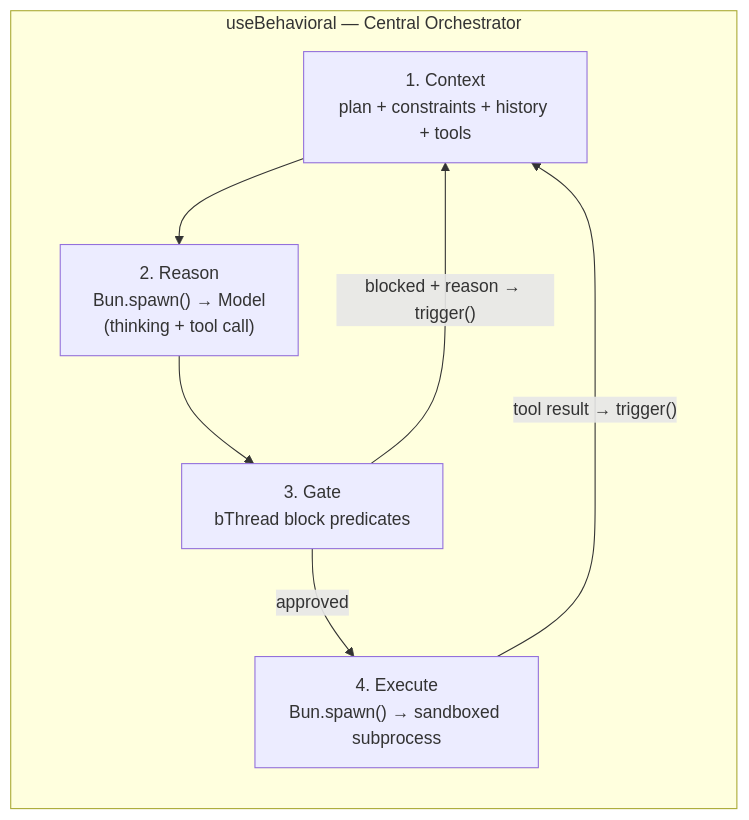
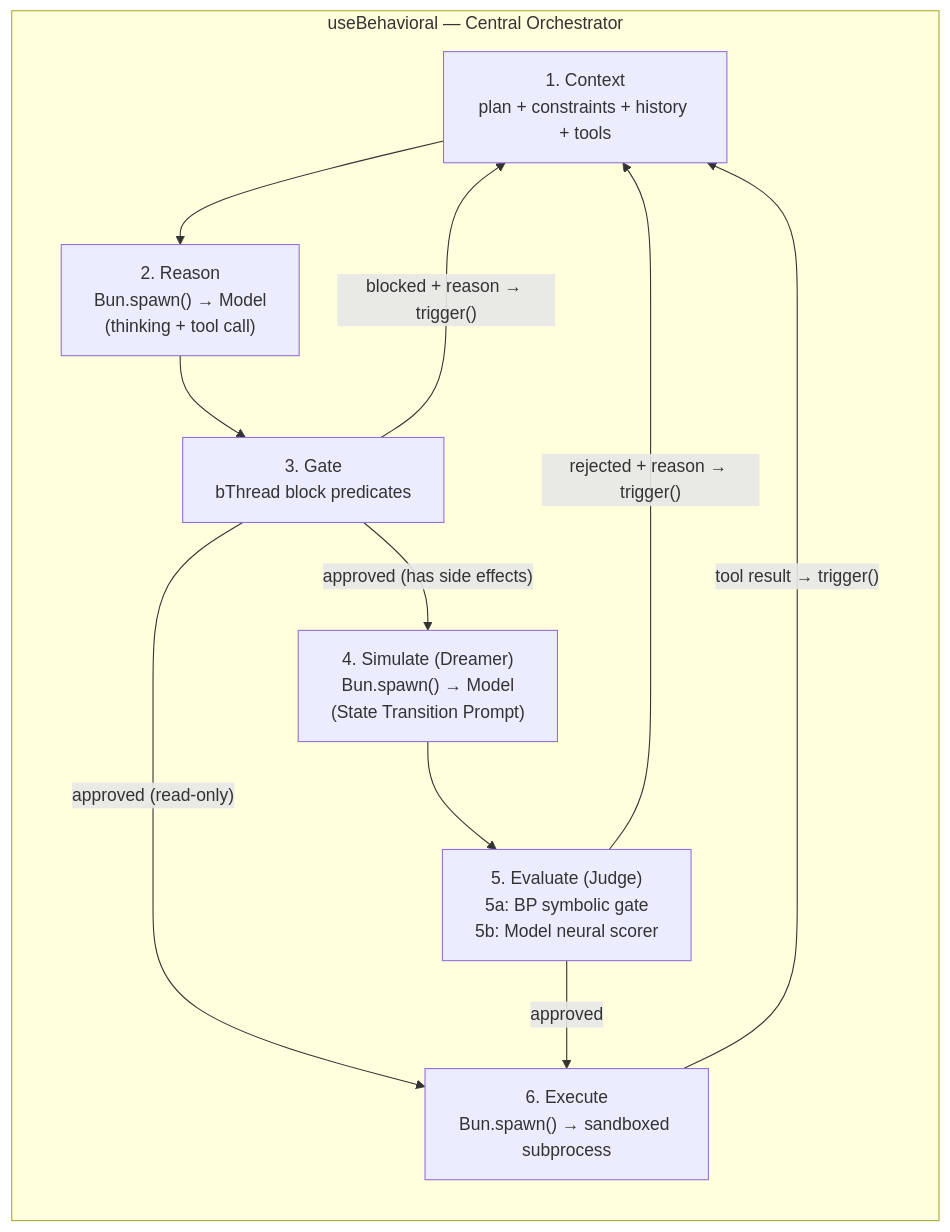
One commit to plaited/plaited changed the first of 3 diagrams in docs/SYSTEM-DESIGN-V3.md. Above: the diagram before and after it, drawn with Mermaid. The commit also changed other lines of this file, not shown here.

First line of the commit message:
docs(agent): add Selective Dreamer simulation and tiered training

````diff
--- a/docs/SYSTEM-DESIGN-V3.md
+++ b/docs/SYSTEM-DESIGN-V3.md
@@ -66,17 +66,23 @@
 ```mermaid
 graph LR
     subgraph BP["useBehavioral — Central Orchestrator"]
         CTX["1. Context<br/>plan + constraints + history + tools"]
         REASON["2. Reason<br/>Bun.spawn() → Model<br/>(thinking + tool call)"]
         GATE["3. Gate<br/>bThread block predicates"]
-        EXEC["4. Execute<br/>Bun.spawn() → sandboxed subprocess"]
+        SIM["4. Simulate (Dreamer)<br/>Bun.spawn() → Model<br/>(State Transition Prompt)"]
+        EVAL["5. Evaluate (Judge)<br/>5a: BP symbolic gate<br/>5b: Model neural scorer"]
+        EXEC["6. Execute<br/>Bun.spawn() → sandboxed subprocess"]
     end
 
     CTX --> REASON
     REASON --> GATE
 
-    GATE -- "approved" --> EXEC
+    GATE -- "blocked + reason → trigger()" --> CTX
+    GATE -- "approved (read-only)" --> EXEC
+    GATE -- "approved (has side effects)" --> SIM
+    SIM --> EVAL
+
+    EVAL -- "rejected + reason → trigger()" --> CTX
+    EVAL -- "approved" --> EXEC
     EXEC -- "tool result → trigger()" --> CTX
-
-    GATE -- "blocked + reason → trigger()" --> CTX
 ```
````
